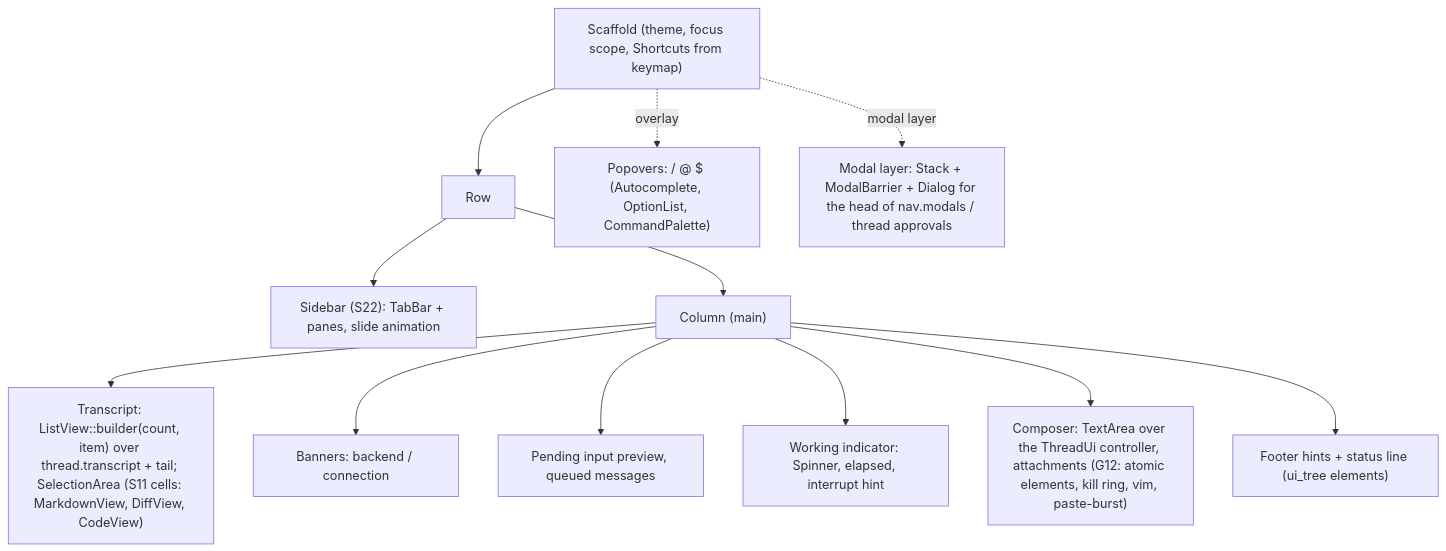
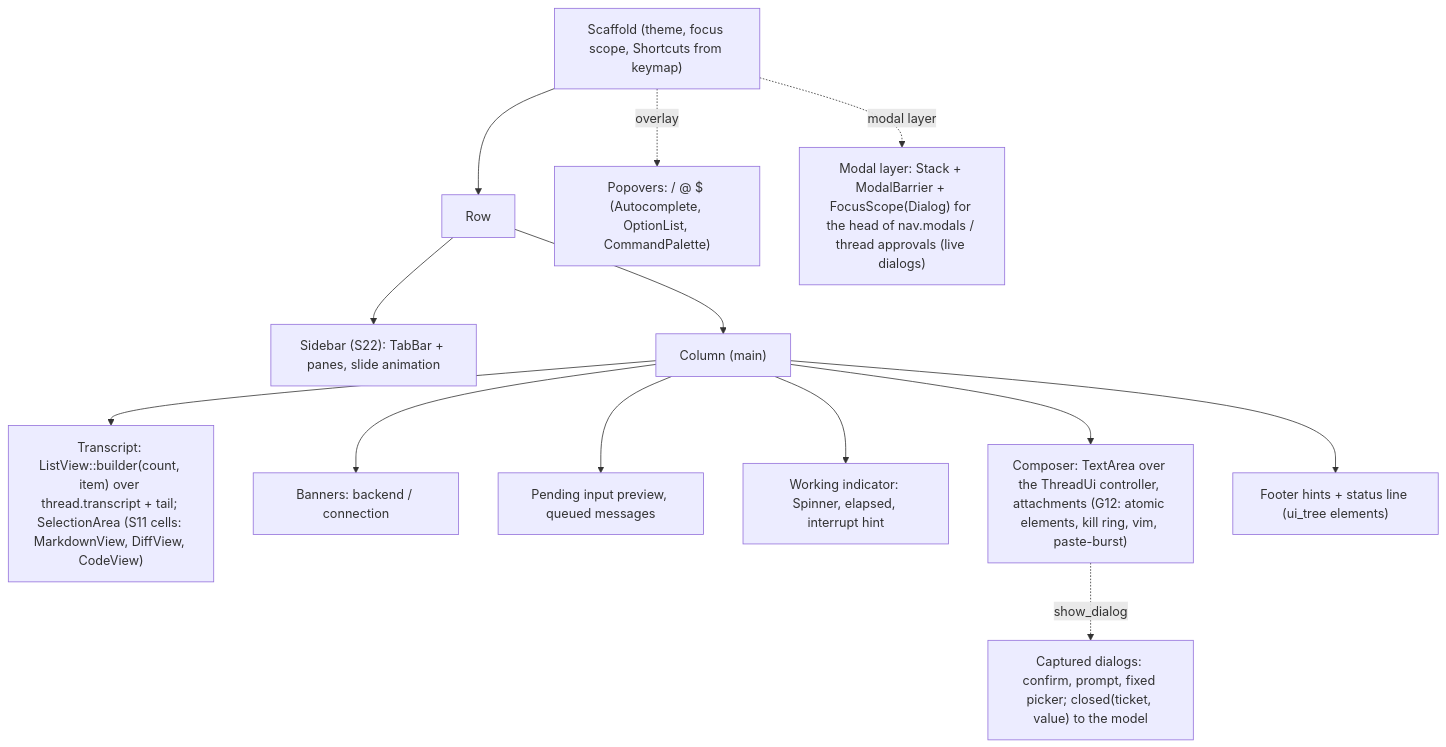
Before and after one commit to Maryarty/CodexCLI: the ninth of 11 diagrams in docs/rtwk-port/design.md, drawn with Mermaid. The commit also changed other lines of this file and 3 other files, not shown here.

````diff
--- a/docs/rtwk-port/design.md
+++ b/docs/rtwk-port/design.md
@@ -337,15 +342,16 @@
 ```mermaid
 flowchart TB
   scaffold["Scaffold (theme, focus scope, Shortcuts from keymap)"]
   scaffold --> row["Row"]
   row --> sidebar["Sidebar (S22): TabBar + panes, slide animation"]
   row --> col["Column (main)"]
   col --> list["Transcript: ListView::builder(count, item) over thread.transcript + tail; SelectionArea (S11 cells: MarkdownView, DiffView, CodeView)"]
   col --> banners["Banners: backend / connection"]
   col --> pending["Pending input preview, queued messages"]
   col --> working["Working indicator: Spinner, elapsed, interrupt hint"]
   col --> composer["Composer: TextArea over the ThreadUi controller, attachments (G12: atomic elements, kill ring, vim, paste-burst)"]
   col --> footer["Footer hints + status line (ui_tree elements)"]
   scaffold -.overlay.-> popovers["Popovers: / @ $ (Autocomplete, OptionList, CommandPalette)"]
-  scaffold -.modal layer.-> dialogs["Modal layer: Stack + ModalBarrier + Dialog for the head of nav.modals / thread approvals"]
+  scaffold -.modal layer.-> dialogs["Modal layer: Stack + ModalBarrier + FocusScope(Dialog) for the head of nav.modals / thread approvals (live dialogs)"]
+  composer -.show_dialog.-> confirm["Captured dialogs: confirm, prompt, fixed picker; closed(ticket, value) to the model"]
 ```
````
